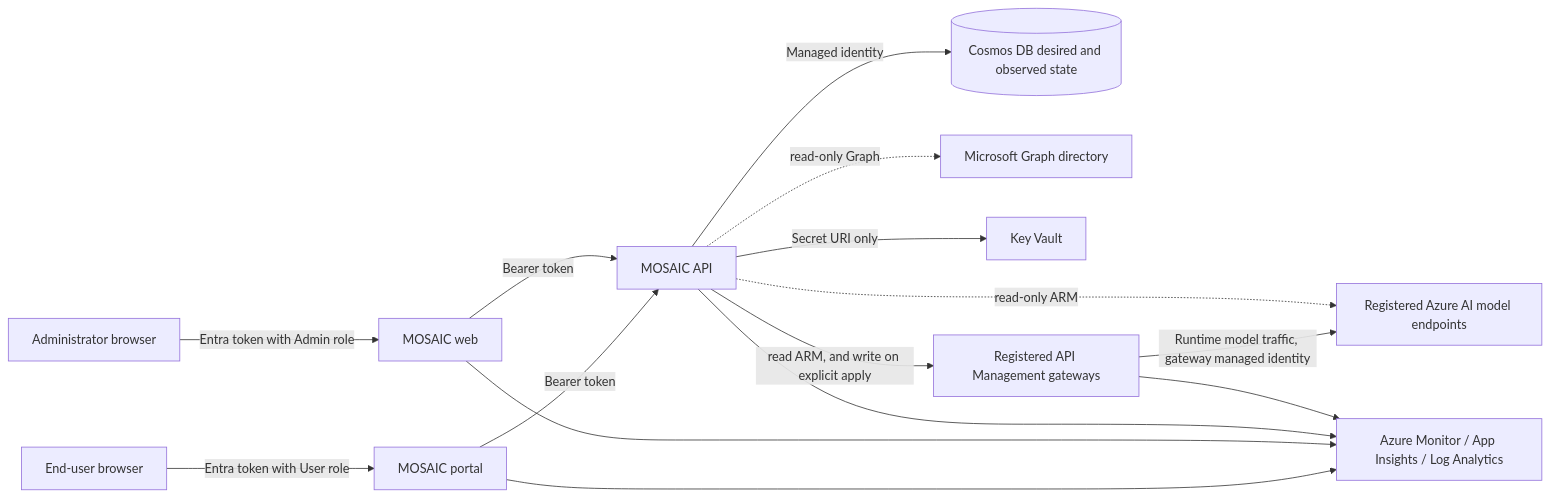
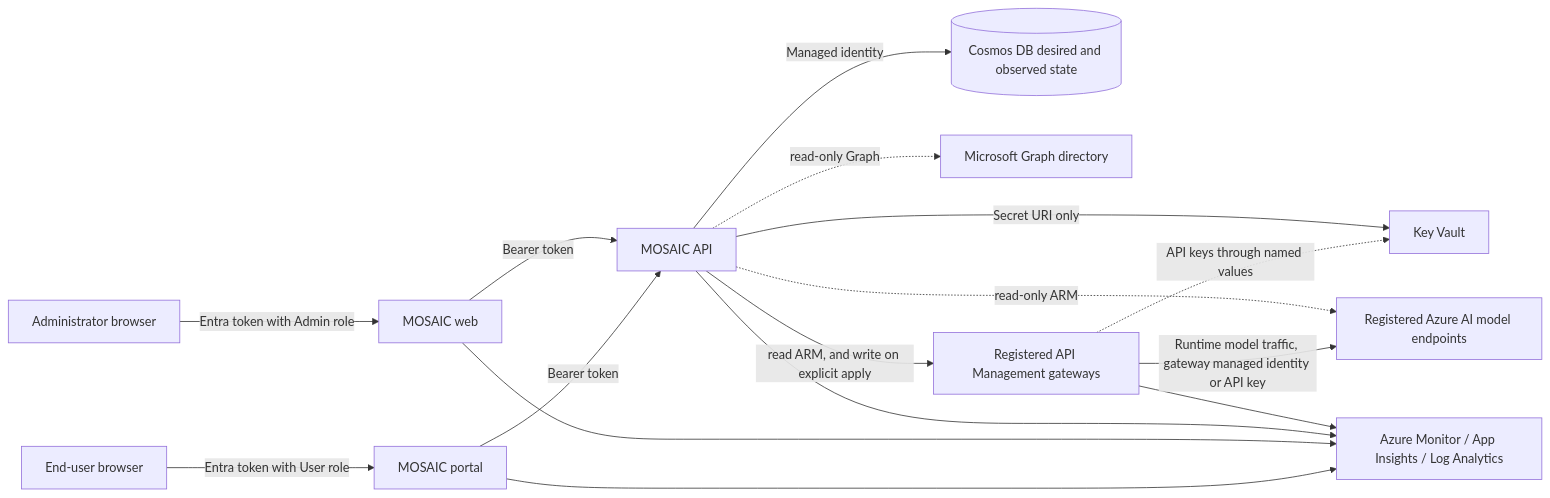
One commit to microsoft/mosaic-apim changed the diagram in README.md. Above: the diagram before and after it, drawn with Mermaid. The commit also changed other lines of this file and 2 other files, not shown here.

First line of the commit message:
Document endpoints reached with an API key held in Key Vault

````diff
--- a/README.md
+++ b/README.md
@@ -227,17 +229,18 @@
 ```mermaid
 flowchart LR
     Admin[Administrator browser] -->|Entra token with Admin role| Web[MOSAIC web]
     User[End-user browser] -->|Entra token with User role| Portal[MOSAIC portal]
     Web -->|Bearer token| API[MOSAIC API]
     Portal -->|Bearer token| API
     API -->|Managed identity| Cosmos[(Cosmos DB desired and observed state)]
     API -. read-only Graph .-> Graph[Microsoft Graph directory]
     API -->|Secret URI only| KV[Key Vault]
     API -. read-only ARM .-> Foundry[Registered Azure AI model endpoints]
     API -->|read ARM, and write on explicit apply| APIM[Registered API Management gateways]
-    APIM -->|Runtime model traffic, gateway managed identity| Foundry
+    APIM -->|Runtime model traffic, gateway managed identity or API key| Foundry
+    APIM -. API keys through named values .-> KV
     APIM --> Monitor[Azure Monitor / App Insights / Log Analytics]
     API --> Monitor
     Web --> Monitor
     Portal --> Monitor
 ```
````
